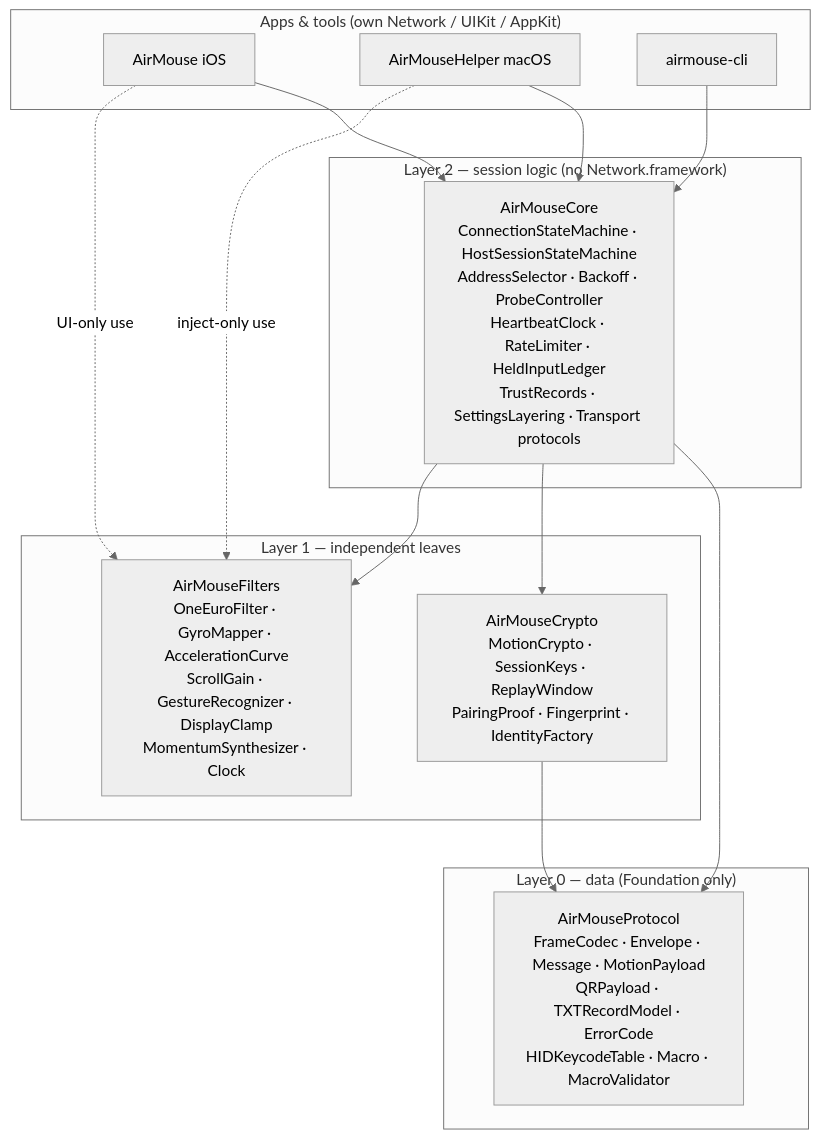
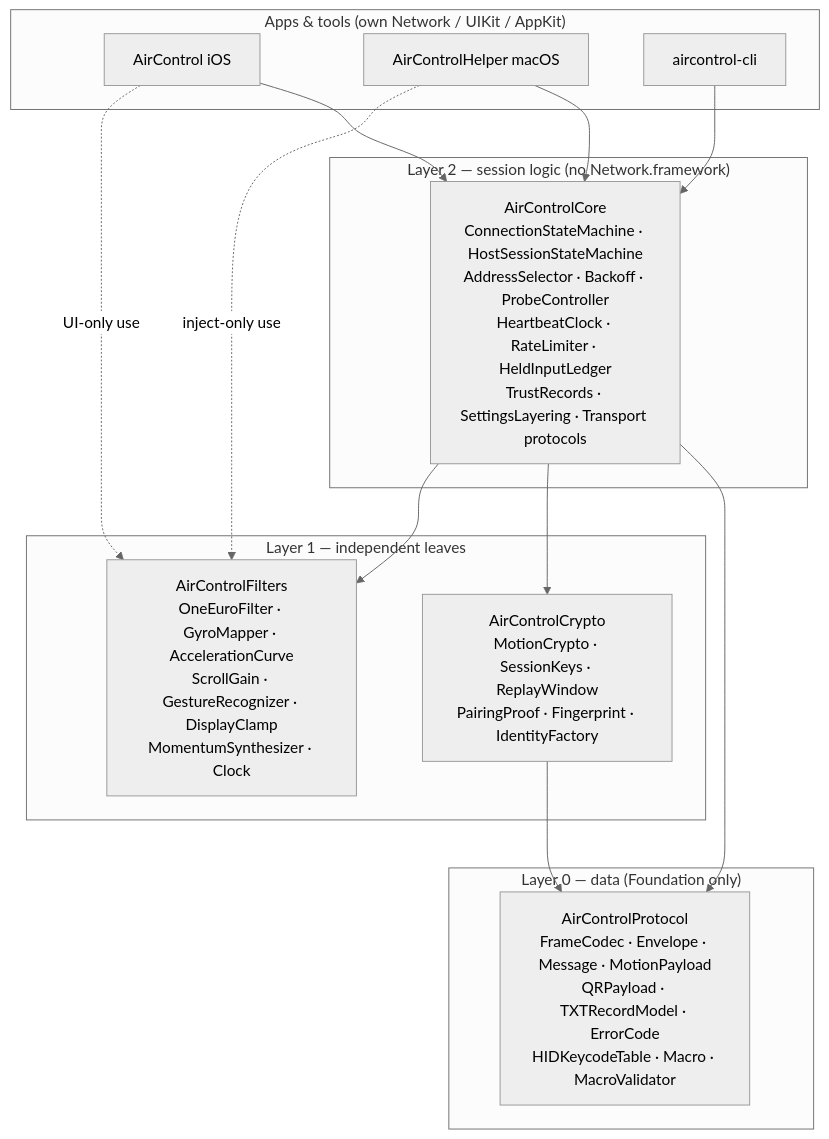
The first of 11 diagrams in docs/04-architecture.md (devashish2531/air-control), drawn with Mermaid (neutral theme) before and after one commit. The commit also changed other lines of this file and 879 other files, not shown here.

Commit message:
Rename codename Air Mouse → Air Control everywhere: packages/modules/apps/dirs, bundle ids com.aircontrol.*, Bonjour _aircontrol, URL scheme aircontrol, HKDF/exporter labels, AIRCONTROL_* env, docs, site; gyro feature renamed Air Pointer

````diff
--- a/docs/04-architecture.md
+++ b/docs/04-architecture.md
@@ -433,27 +433,27 @@
 ```mermaid
 flowchart TB
   subgraph L0["Layer 0 — data (Foundation only)"]
-    P[AirMouseProtocol<br/>FrameCodec · Envelope · Message · MotionPayload<br/>QRPayload · TXTRecordModel · ErrorCode<br/>HIDKeycodeTable · Macro · MacroValidator]
+    P[AirControlProtocol<br/>FrameCodec · Envelope · Message · MotionPayload<br/>QRPayload · TXTRecordModel · ErrorCode<br/>HIDKeycodeTable · Macro · MacroValidator]
   end
   subgraph L1["Layer 1 — independent leaves"]
-    C[AirMouseCrypto<br/>MotionCrypto · SessionKeys · ReplayWindow<br/>PairingProof · Fingerprint · IdentityFactory]
-    F[AirMouseFilters<br/>OneEuroFilter · GyroMapper · AccelerationCurve<br/>ScrollGain · GestureRecognizer · DisplayClamp<br/>MomentumSynthesizer · Clock]
+    C[AirControlCrypto<br/>MotionCrypto · SessionKeys · ReplayWindow<br/>PairingProof · Fingerprint · IdentityFactory]
+    F[AirControlFilters<br/>OneEuroFilter · GyroMapper · AccelerationCurve<br/>ScrollGain · GestureRecognizer · DisplayClamp<br/>MomentumSynthesizer · Clock]
   end
   subgraph L2["Layer 2 — session logic (no Network.framework)"]
-    K[AirMouseCore<br/>ConnectionStateMachine · HostSessionStateMachine<br/>AddressSelector · Backoff · ProbeController<br/>HeartbeatClock · RateLimiter · HeldInputLedger<br/>TrustRecords · SettingsLayering · Transport protocols]
+    K[AirControlCore<br/>ConnectionStateMachine · HostSessionStateMachine<br/>AddressSelector · Backoff · ProbeController<br/>HeartbeatClock · RateLimiter · HeldInputLedger<br/>TrustRecords · SettingsLayering · Transport protocols]
   end
   subgraph Apps["Apps & tools (own Network / UIKit / AppKit)"]
-    I[AirMouse iOS]
-    M[AirMouseHelper macOS]
-    CLI[airmouse-cli]
+    I[AirControl iOS]
+    M[AirControlHelper macOS]
+    CLI[aircontrol-cli]
   end
   C --> P
   K --> P
   K --> C
   K --> F
   I --> K
   M --> K
   CLI --> K
   I -. "UI-only use" .-> F
   M -. "inject-only use" .-> F
 ```
````
